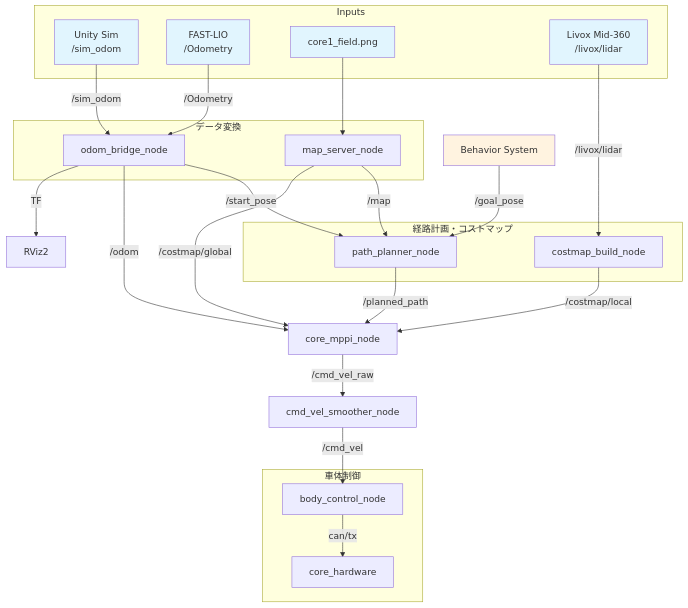
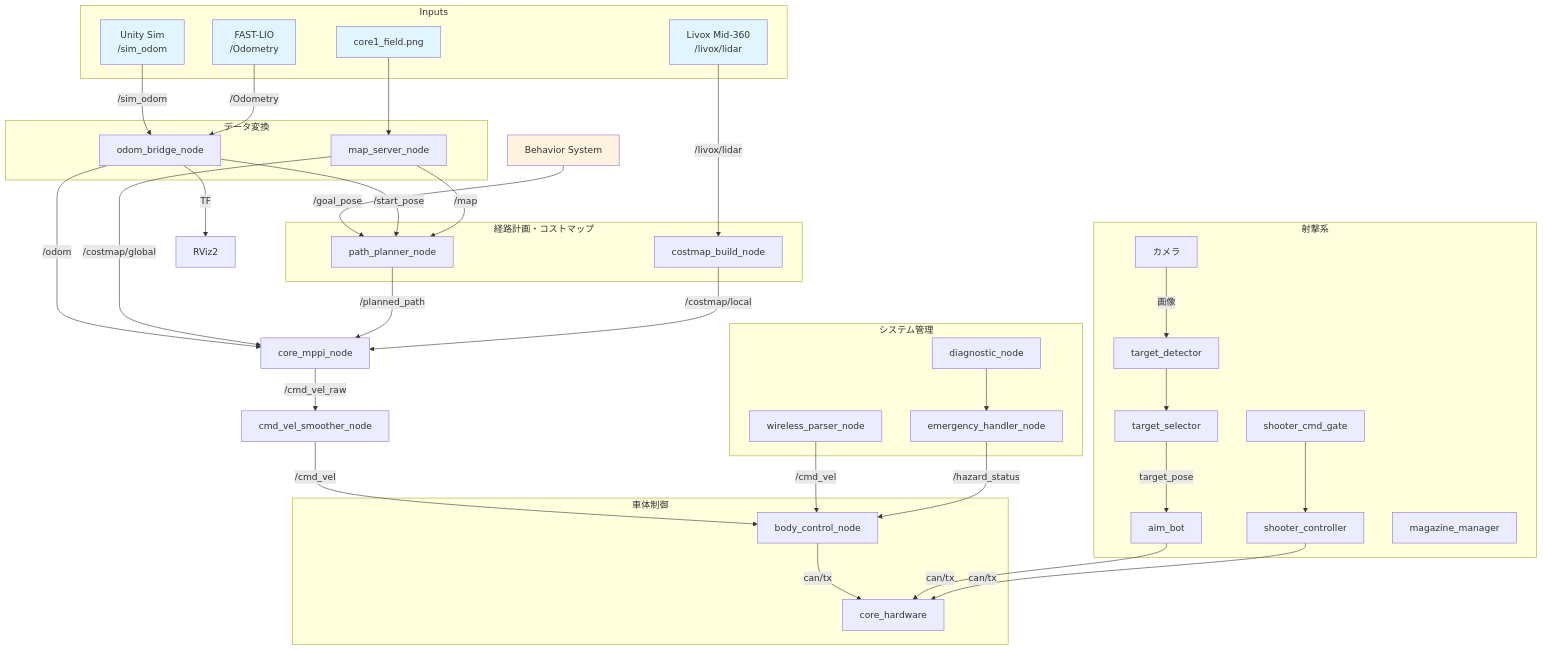
The diagram in docs/architecture/overview.md (team-continue/core2026), drawn with Mermaid before and after one commit. The commit also changed other lines of this file and 7 other files, not shown here.

````diff
--- a/docs/architecture/overview.md
+++ b/docs/architecture/overview.md
@@ -5,57 +5,78 @@
 ```mermaid
 graph TB
     subgraph Inputs
         Unity["Unity Sim\n/sim_odom"]
         FASTLIO["FAST-LIO\n/Odometry"]
         MapPNG["core1_field.png"]
         LiDAR["Livox Mid-360\n/livox/lidar"]
     end
 
     BehaviorSystem["Behavior System"]
 
     subgraph Bridge["データ変換"]
         OdomBridge["odom_bridge_node"]
         MapServer["map_server_node"]
     end
 
     subgraph Planning["経路計画・コストマップ"]
         PathPlanner["path_planner_node"]
         CostmapBuilder["costmap_build_node"]
     end
 
     MPPI["core_mppi_node"]
     Smoother["cmd_vel_smoother_node"]
 
     subgraph Control["車体制御"]
         BodyController["body_control_node"]
         Hardware["core_hardware"]
     end
 
     RViz["RViz2"]
 
     Unity -->|/sim_odom| OdomBridge
     FASTLIO -->|/Odometry| OdomBridge
     MapPNG --> MapServer
     LiDAR -->|/livox/lidar| CostmapBuilder
 
     BehaviorSystem -->|/goal_pose| PathPlanner
 
     OdomBridge -->|/start_pose| PathPlanner
     OdomBridge -->|/odom| MPPI
     OdomBridge -->|TF| RViz
     MapServer -->|/map| PathPlanner
     MapServer -->|/costmap/global| MPPI
 
     PathPlanner -->|/planned_path| MPPI
     CostmapBuilder -->|/costmap/local| MPPI
 
     MPPI -->|/cmd_vel_raw| Smoother
     Smoother -->|/cmd_vel| BodyController
     BodyController -->|can/tx| Hardware
 
     style MapPNG fill:#e1f5fe,color:#333
     style Unity fill:#e1f5fe,color:#333
     style FASTLIO fill:#e1f5fe,color:#333
     style LiDAR fill:#e1f5fe,color:#333
+    subgraph Shooter["射撃系"]
+        Camera["カメラ"] -->|画像| TargetDetector["target_detector"]
+        TargetDetector --> TargetSelector["target_selector"]
+        TargetSelector -->|target_pose| AimBot["aim_bot"]
+        ShooterGate["shooter_cmd_gate"] --> ShooterCtrl["shooter_controller"]
+        MagazineMgr["magazine_manager"]
+    end
+
+    subgraph SystemMode["システム管理"]
+        WirelessParser["wireless_parser_node"]
+        EmergencyHandler["emergency_handler_node"]
+        Diagnostic["diagnostic_node"]
+        Diagnostic --> EmergencyHandler
+    end
+
+    WirelessParser -->|/cmd_vel| BodyController
+    EmergencyHandler -->|/hazard_status| BodyController
+
+    AimBot -->|can/tx| Hardware
+    ShooterCtrl -->|can/tx| Hardware
+
     style BehaviorSystem fill:#fff3e0,color:#333
 ```
````
